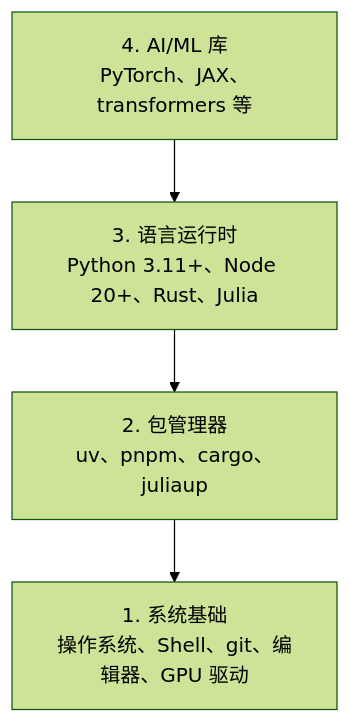
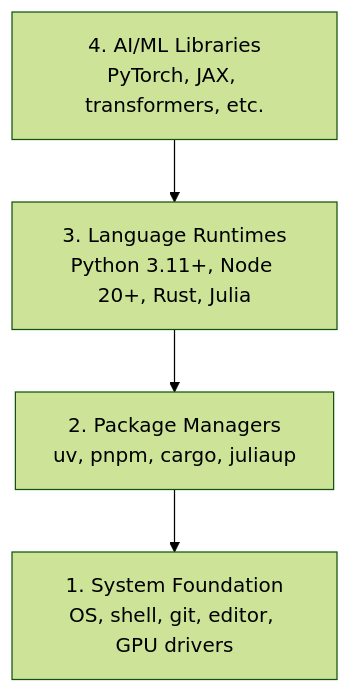
Before and after one commit to xiaojiaenen/ai-engineering-from-scratch-zh: the diagram in i18n/zh/phases/00-setup-and-tooling/01-dev-environment/docs/zh.md, drawn with Mermaid (forest theme). The commit also changed other lines of this file and 12 other files, not shown here.

````diff
--- a/i18n/zh/phases/00-setup-and-tooling/01-dev-environment/docs/zh.md
+++ b/i18n/zh/phases/00-setup-and-tooling/01-dev-environment/docs/zh.md
@@ -27,6 +27,6 @@
 ```mermaid
 graph TD
-    A["4. AI/ML 库\nPyTorch、JAX、transformers 等"] --> B["3. 语言运行时\nPython 3.11+、Node 20+、Rust、Julia"]
-    B --> C["2. 包管理器\nuv、pnpm、cargo、juliaup"]
-    C --> D["1. 系统基础\n操作系统、Shell、git、编辑器、GPU 驱动"]
+    A["4. AI/ML Libraries\nPyTorch, JAX, transformers, etc."] --> B["3. Language Runtimes\nPython 3.11+, Node 20+, Rust, Julia"]
+    B --> C["2. Package Managers\nuv, pnpm, cargo, juliaup"]
+    C --> D["1. System Foundation\nOS, shell, git, editor, GPU drivers"]
 ```
````
